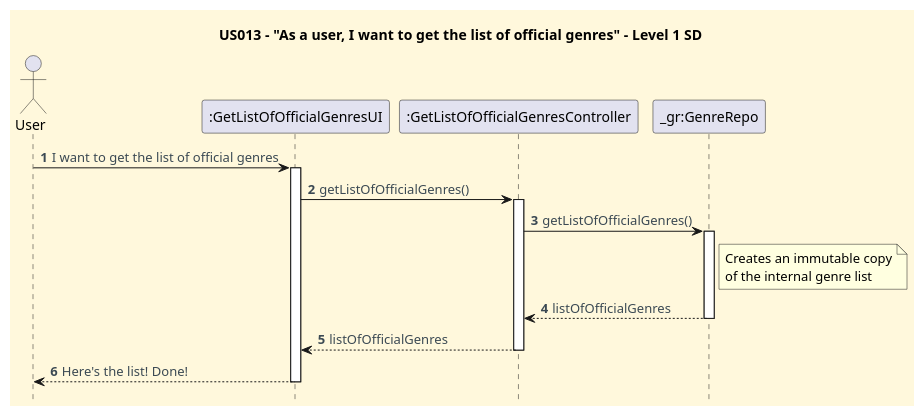
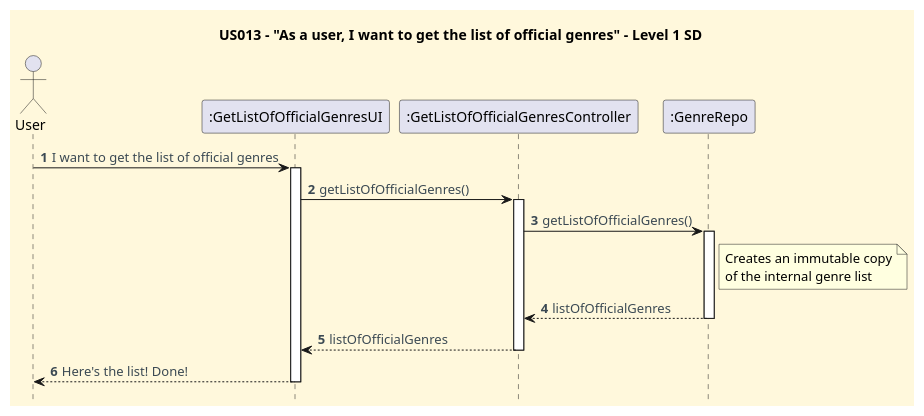
The diagram in docs/userStories/US013/US013_get_list_of_official_genres_SD_1.puml (CarolinaLeite-collab/JavaMarketplacePlatform), drawn with PlantUML before and after one commit. The commit also changed 2 other files, not shown here.

Commit message:
Refs #218: Updates class and sequence diagrams for US013

```diff
--- a/docs/userStories/US013/US013_get_list_of_official_genres_SD_1.puml
+++ b/docs/userStories/US013/US013_get_list_of_official_genres_SD_1.puml
@@ -1,48 +1,48 @@
 @startuml
 title US013 - "As a user, I want to get the list of official genres" - Level 1 SD
 hidefootbox
 
 '==== basic style ====
 skinparam monochrome false
 skinparam shadowing false
 skinparam defaultFontName Futura
 skinparam objectFontSize 20
 skinparam backgroundColor CornSilk
 skinparam objectBackgroundColor WhiteSmoke
 skinparam noteBackgroundColor #FFFFE0
 skinparam ArrowFontColor #3B4953
 skinparam ActivationBackgroundColor black
 
 autonumber
 autoactivate off
 
 ' --- Actor and participants ---
 actor User
 participant ":GetListOfOfficialGenresUI" as UI
 participant ":GetListOfOfficialGenresController" as CTL
-participant "_gr:GenreRepo" as GR
+participant ":GenreRepo" as GR
 
 ' --- UI interaction ---
 User -> UI: I want to get the list of official genres
 activate UI
 
 
 ' --- Use case execution ---
 UI -> CTL: getListOfOfficialGenres()
 activate CTL
 CTL -> GR: getListOfOfficialGenres()
 note right of GR
 Creates an immutable copy
 of the internal genre list
 end note
 activate GR
 
 
 GR --> CTL: listOfOfficialGenres
 deactivate GR
 CTL --> UI: listOfOfficialGenres
 deactivate CTL
 UI --> User: Here's the list! Done!
 deactivate UI
 
 @enduml
```
